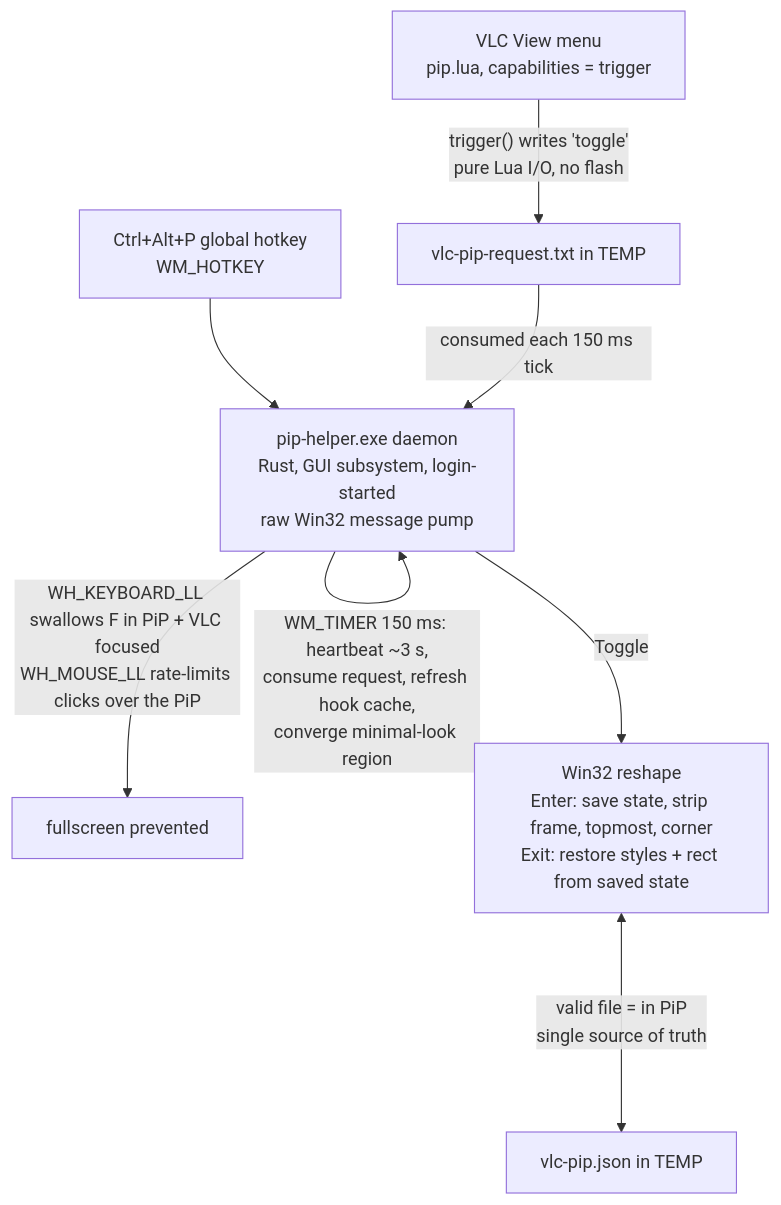
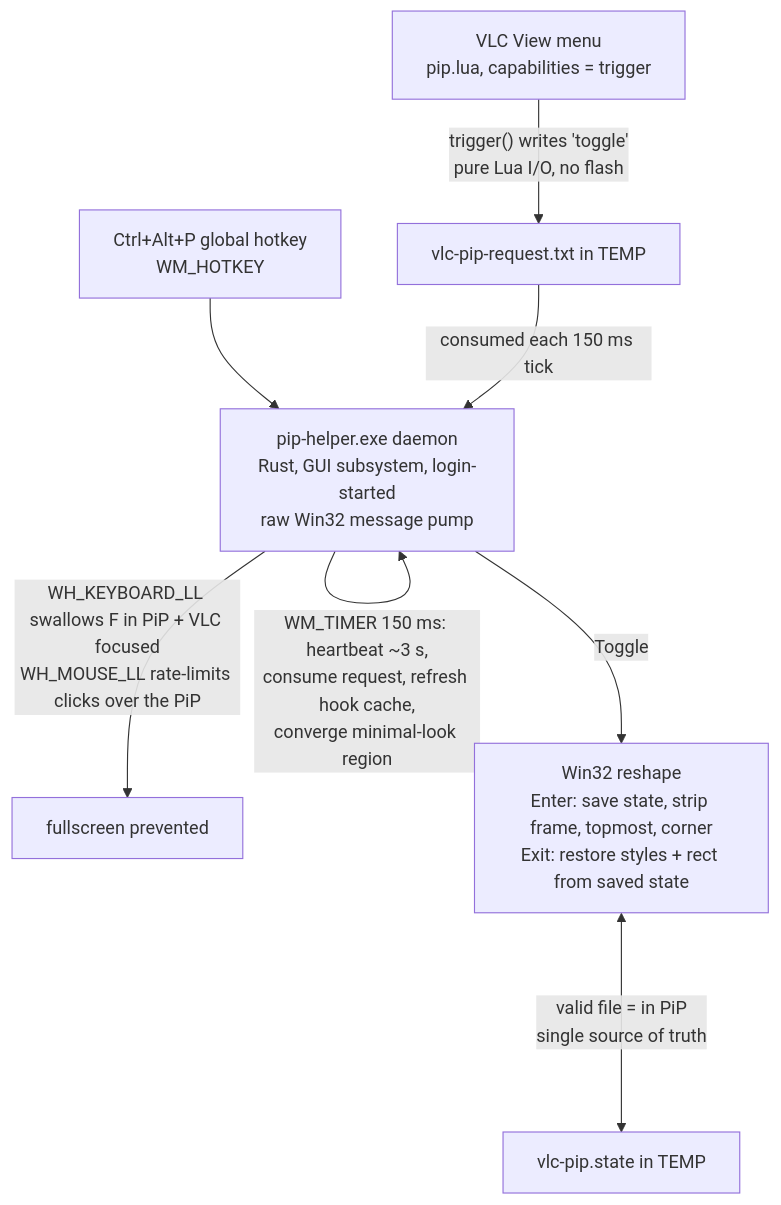
One commit to Bug-Finderr/vlc-pip changed the diagram in docs/SPEC.md. Above: the diagram before and after it, drawn with Mermaid. The commit also changed other lines of this file and 9 other files, not shown here.

````diff
--- a/docs/SPEC.md
+++ b/docs/SPEC.md
@@ -61,10 +61,10 @@
 ```mermaid
 flowchart TD
     MENU["VLC View menu<br>pip.lua, capabilities = trigger"] -- "trigger() writes 'toggle'<br>pure Lua I/O, no flash" --> REQ["vlc-pip-request.txt in TEMP"]
     HK["Ctrl+Alt+P global hotkey<br>WM_HOTKEY"] --> D
     REQ -- "consumed each 150 ms tick" --> D["pip-helper.exe daemon<br>Rust, GUI subsystem, login-started<br>raw Win32 message pump"]
     D -- "WM_TIMER 150 ms: heartbeat ~3 s,<br>consume request, refresh hook cache,<br>converge minimal-look region" --> D
     D -- "WH_KEYBOARD_LL swallows F in PiP + VLC focused<br>WH_MOUSE_LL rate-limits clicks over the PiP" --> FS["fullscreen prevented"]
     D -- "Toggle" --> WIN["Win32 reshape<br>Enter: save state, strip frame, topmost, corner<br>Exit: restore styles + rect from saved state"]
-    WIN <-- "valid file = in PiP<br>single source of truth" --> STATE["vlc-pip.json in TEMP"]
+    WIN <-- "valid file = in PiP<br>single source of truth" --> STATE["vlc-pip.state in TEMP"]
 ```
````
